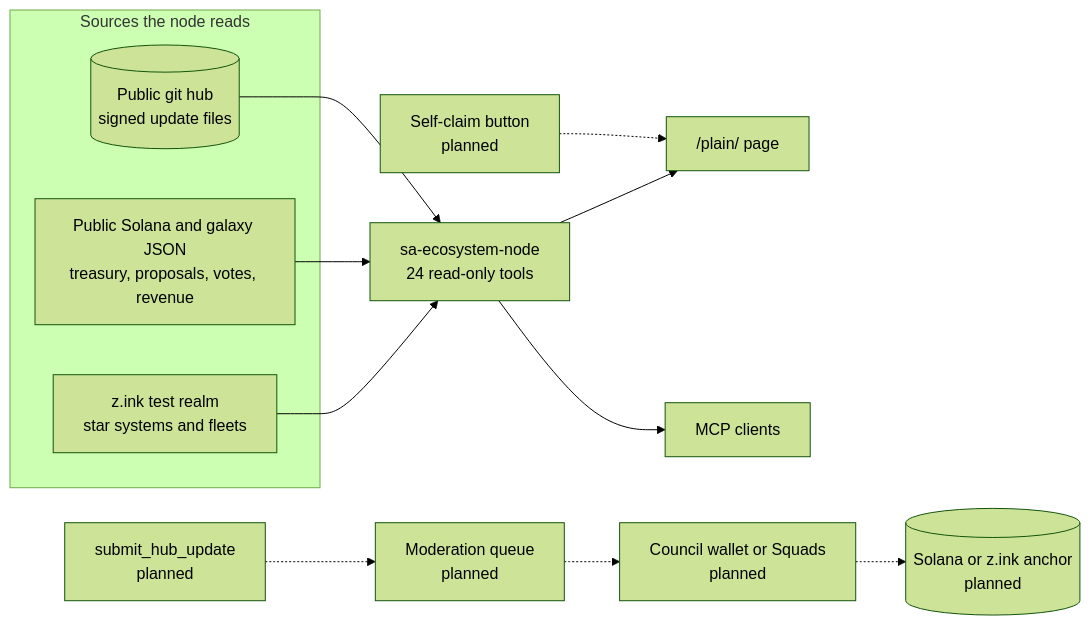
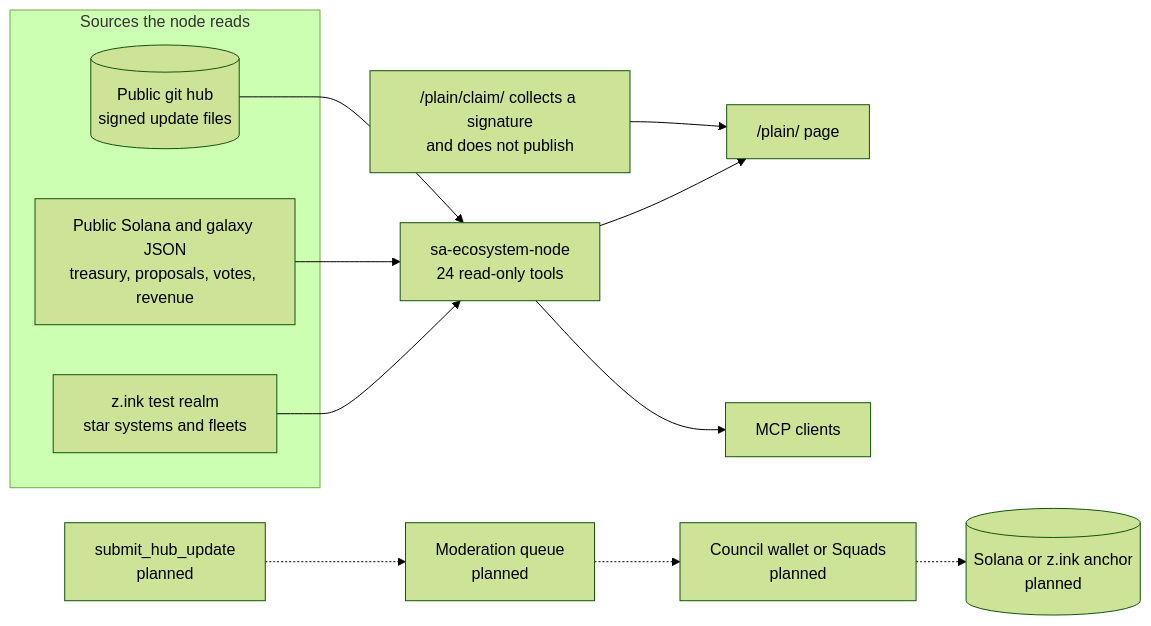
One commit to PhoenixClaw01/sa-ecosystem-node changed the first of 2 diagrams in docs/spec.md. Above: the diagram before and after it, drawn with Mermaid (forest theme). The commit also changed other lines of this file and 19 other files, not shown here.

First line of the commit message:
Player Discord claim: sign locally, do not publish (#11)

````diff
--- a/docs/spec.md
+++ b/docs/spec.md
@@ -21,17 +21,17 @@
 ```mermaid
 flowchart LR
   subgraph sources [Sources the node reads]
     G[z.ink test realm<br/>star systems and fleets]
     C[Public Solana and galaxy JSON<br/>treasury, proposals, votes, revenue]
     H[(Public git hub<br/>signed update files)]
   end
   G --> N[sa-ecosystem-node<br/>24 read-only tools]
   C --> N
   H --> N
   N --> P["/plain/ page"]
   N --> M[MCP clients]
   Q[Moderation queue<br/>planned] -.-> A[Council wallet or Squads<br/>planned]
   A -.-> K[(Solana or z.ink anchor<br/>planned)]
   S[submit_hub_update<br/>planned] -.-> Q
-  B[Self-claim button<br/>planned] -.-> P
+  B["/plain/claim/ collects a signature<br/>and does not publish"] --> P
 ```
````
